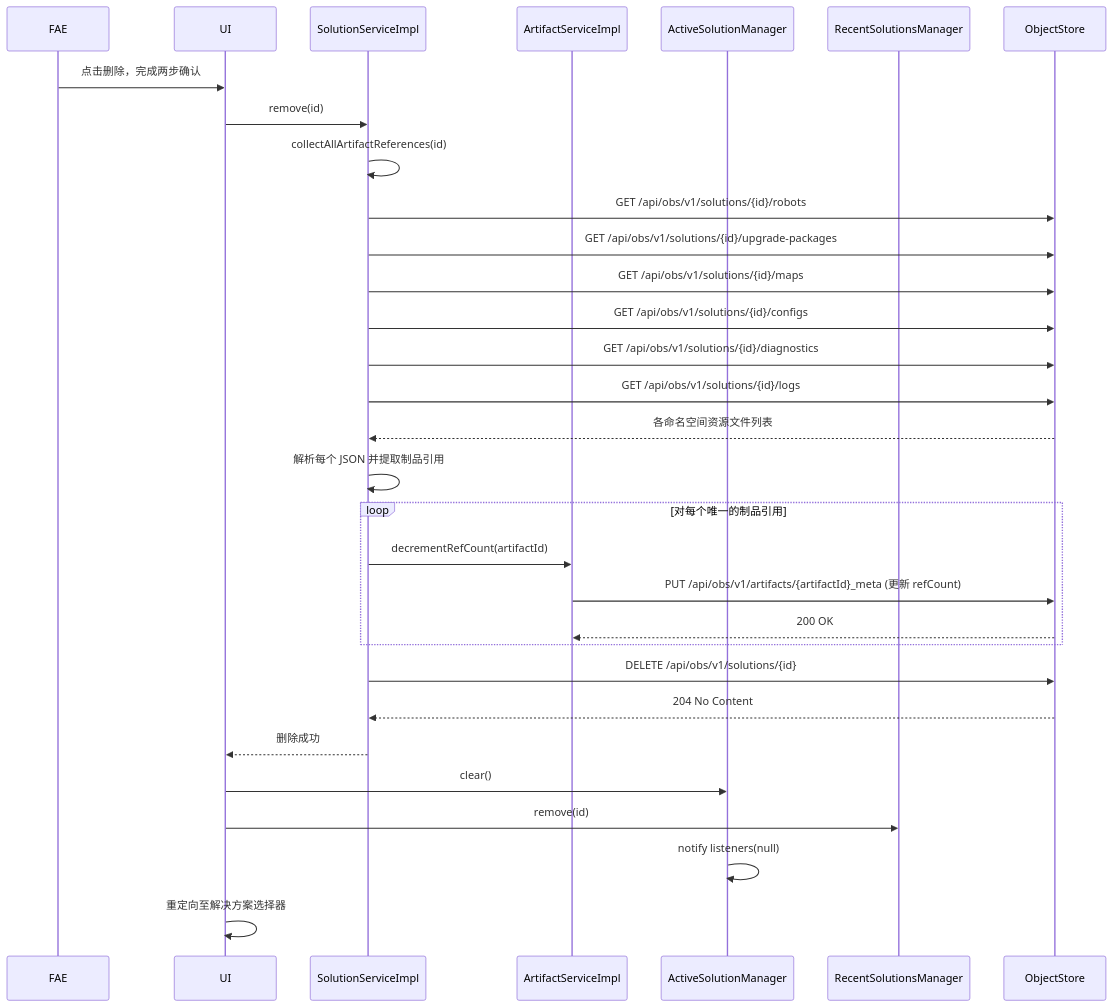
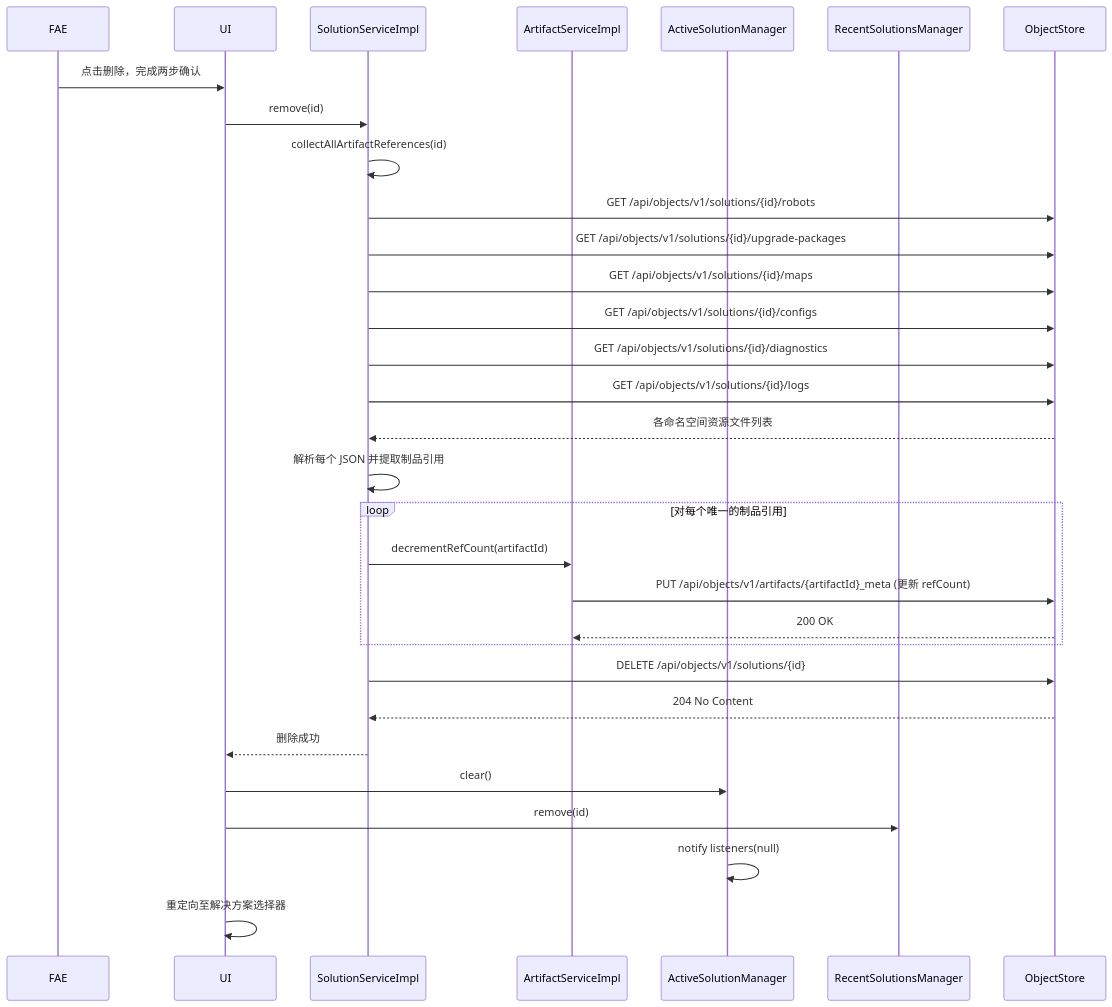
Before and after one commit to etrita005/syrius-robotops: the third of 11 diagrams in documents/design/solution_management_design.md, drawn with Mermaid. The commit also changed other lines of this file and 42 other files, not shown here.

````diff
--- a/documents/design/solution_management_design.md
+++ b/documents/design/solution_management_design.md
@@ -439,34 +429,34 @@
 ```mermaid
 sequenceDiagram
     participant FAE
     participant UI
     participant SSI as SolutionServiceImpl
     participant ASI as ArtifactServiceImpl
     participant ASM as ActiveSolutionManager
     participant RSM as RecentSolutionsManager
     participant OS as ObjectStore
 
     FAE->>UI: 点击删除，完成两步确认
     UI->>SSI: remove(id)
     SSI->>SSI: collectAllArtifactReferences(id)
-    SSI->>OS: GET /api/obs/v1/solutions/{id}/robots
-    SSI->>OS: GET /api/obs/v1/solutions/{id}/upgrade-packages
-    SSI->>OS: GET /api/obs/v1/solutions/{id}/maps
-    SSI->>OS: GET /api/obs/v1/solutions/{id}/configs
-    SSI->>OS: GET /api/obs/v1/solutions/{id}/diagnostics
-    SSI->>OS: GET /api/obs/v1/solutions/{id}/logs
+    SSI->>OS: GET /api/objects/v1/solutions/{id}/robots
+    SSI->>OS: GET /api/objects/v1/solutions/{id}/upgrade-packages
+    SSI->>OS: GET /api/objects/v1/solutions/{id}/maps
+    SSI->>OS: GET /api/objects/v1/solutions/{id}/configs
+    SSI->>OS: GET /api/objects/v1/solutions/{id}/diagnostics
+    SSI->>OS: GET /api/objects/v1/solutions/{id}/logs
     OS-->>SSI: 各命名空间资源文件列表
     SSI->>SSI: 解析每个 JSON 并提取制品引用
     loop 对每个唯一的制品引用
         SSI->>ASI: decrementRefCount(artifactId)
-        ASI->>OS: PUT /api/obs/v1/artifacts/{artifactId}_meta (更新 refCount)
+        ASI->>OS: PUT /api/objects/v1/artifacts/{artifactId}_meta (更新 refCount)
         OS-->>ASI: 200 OK
     end
-    SSI->>OS: DELETE /api/obs/v1/solutions/{id}
+    SSI->>OS: DELETE /api/objects/v1/solutions/{id}
     OS-->>SSI: 204 No Content
     SSI-->>UI: 删除成功
     UI->>ASM: clear()
     UI->>RSM: remove(id)
     ASM->>ASM: notify listeners(null)
     UI->>UI: 重定向至解决方案选择器
 ```
````
